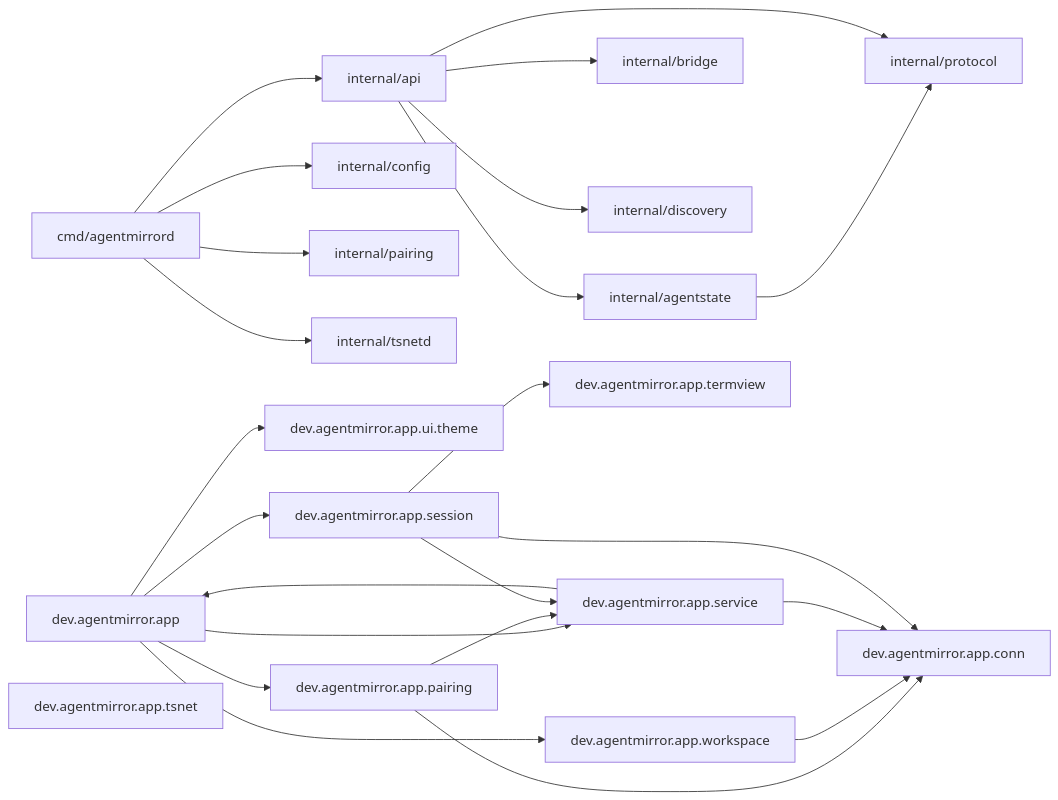
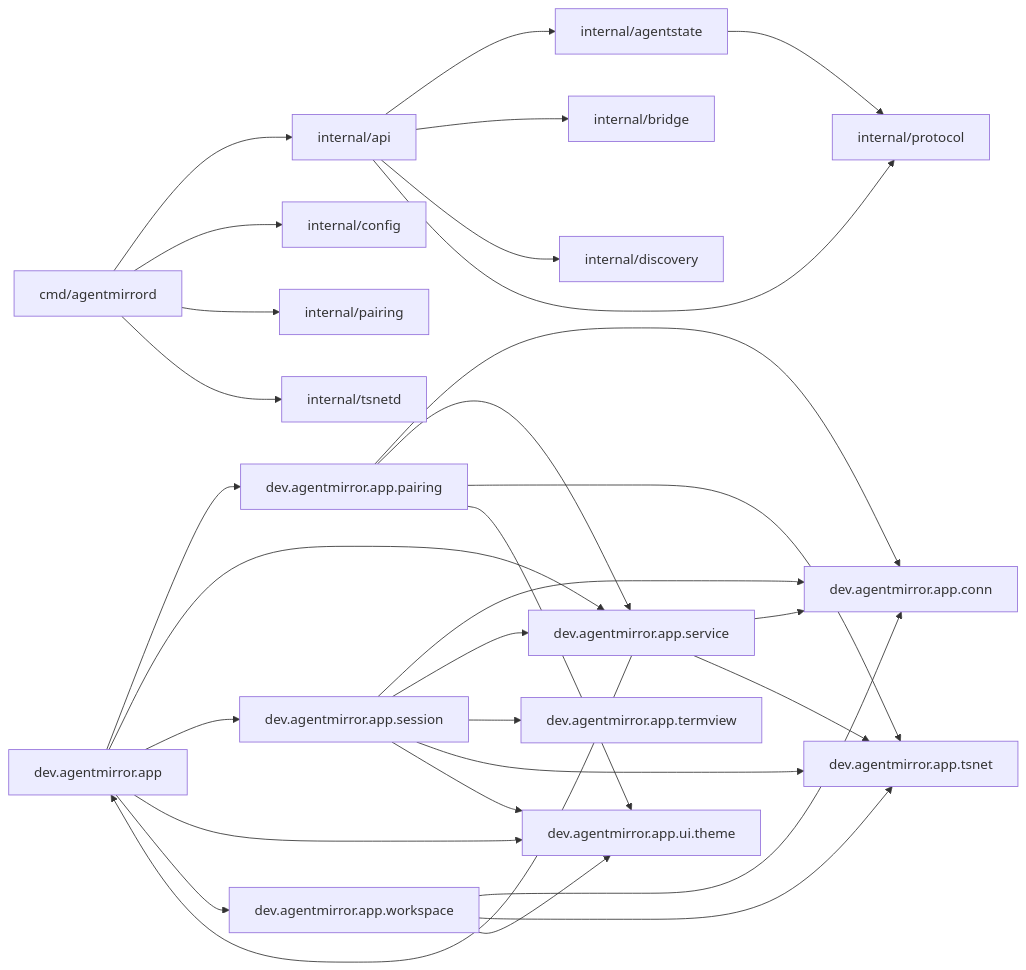
The diagram in docs/wiki/README.md (Florious95/corral-core), drawn with Mermaid before and after one commit. The commit also changed other lines of this file and 35 other files, not shown here.

````diff
--- a/docs/wiki/README.md
+++ b/docs/wiki/README.md
@@ -17,43 +17,50 @@
 ```mermaid
 flowchart LR
     go_cmd_agentmirrord["cmd/agentmirrord"]
     go_internal_agentstate["internal/agentstate"]
     go_internal_api["internal/api"]
     go_internal_bridge["internal/bridge"]
     go_internal_config["internal/config"]
     go_internal_discovery["internal/discovery"]
     go_internal_pairing["internal/pairing"]
     go_internal_protocol["internal/protocol"]
     go_internal_tsnetd["internal/tsnetd"]
     kt_dev_agentmirror_app["dev.agentmirror.app"]
     kt_dev_agentmirror_app_ui_theme["dev.agentmirror.app.ui.theme"]
     kt_dev_agentmirror_app_pairing["dev.agentmirror.app.pairing"]
     kt_dev_agentmirror_app_workspace["dev.agentmirror.app.workspace"]
     kt_dev_agentmirror_app_termview["dev.agentmirror.app.termview"]
     kt_dev_agentmirror_app_service["dev.agentmirror.app.service"]
     kt_dev_agentmirror_app_tsnet["dev.agentmirror.app.tsnet"]
     kt_dev_agentmirror_app_conn["dev.agentmirror.app.conn"]
     kt_dev_agentmirror_app_session["dev.agentmirror.app.session"]
     go_cmd_agentmirrord --> go_internal_api
     go_cmd_agentmirrord --> go_internal_config
     go_cmd_agentmirrord --> go_internal_pairing
     go_cmd_agentmirrord --> go_internal_tsnetd
     go_internal_agentstate --> go_internal_protocol
     go_internal_api --> go_internal_agentstate
     go_internal_api --> go_internal_bridge
     go_internal_api --> go_internal_discovery
     go_internal_api --> go_internal_protocol
     kt_dev_agentmirror_app --> kt_dev_agentmirror_app_pairing
     kt_dev_agentmirror_app --> kt_dev_agentmirror_app_service
     kt_dev_agentmirror_app --> kt_dev_agentmirror_app_session
     kt_dev_agentmirror_app --> kt_dev_agentmirror_app_ui_theme
     kt_dev_agentmirror_app --> kt_dev_agentmirror_app_workspace
     kt_dev_agentmirror_app_pairing --> kt_dev_agentmirror_app_conn
     kt_dev_agentmirror_app_pairing --> kt_dev_agentmirror_app_service
+    kt_dev_agentmirror_app_pairing --> kt_dev_agentmirror_app_tsnet
+    kt_dev_agentmirror_app_pairing --> kt_dev_agentmirror_app_ui_theme
     kt_dev_agentmirror_app_workspace --> kt_dev_agentmirror_app_conn
+    kt_dev_agentmirror_app_workspace --> kt_dev_agentmirror_app_tsnet
+    kt_dev_agentmirror_app_workspace --> kt_dev_agentmirror_app_ui_theme
     kt_dev_agentmirror_app_service --> kt_dev_agentmirror_app
     kt_dev_agentmirror_app_service --> kt_dev_agentmirror_app_conn
+    kt_dev_agentmirror_app_service --> kt_dev_agentmirror_app_tsnet
     kt_dev_agentmirror_app_session --> kt_dev_agentmirror_app_conn
     kt_dev_agentmirror_app_session --> kt_dev_agentmirror_app_service
     kt_dev_agentmirror_app_session --> kt_dev_agentmirror_app_termview
+    kt_dev_agentmirror_app_session --> kt_dev_agentmirror_app_tsnet
+    kt_dev_agentmirror_app_session --> kt_dev_agentmirror_app_ui_theme
 ```
````
